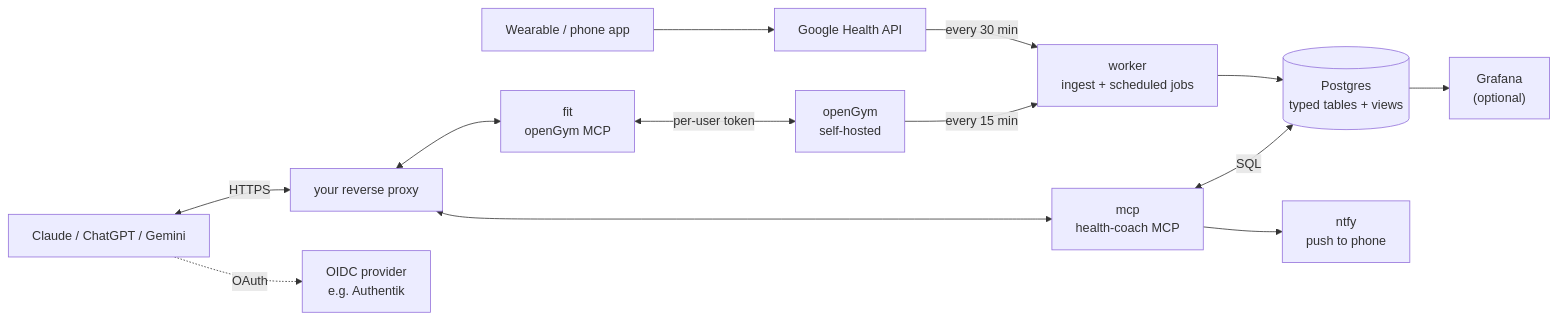
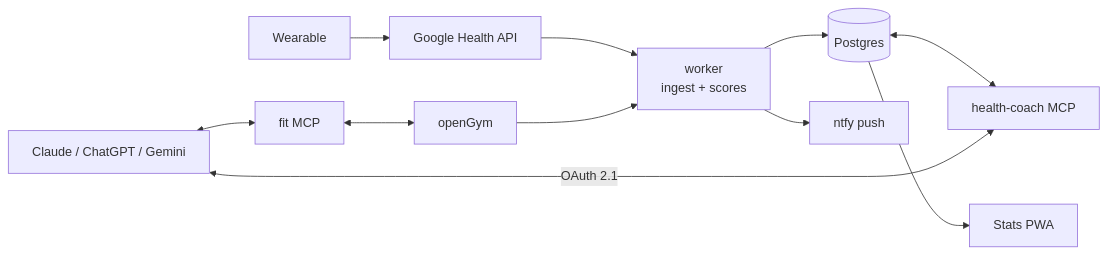
The diagram in README.md (diamond447/health-coach), drawn with Mermaid before and after one commit. The commit also changed other lines of this file and 17 other files, not shown here.

````diff
--- a/README.md
+++ b/README.md
@@ -24,15 +69,13 @@
 ```mermaid
 flowchart LR
-  wearable["Wearable / phone app"] --> gh["Google Health API"]
-  gh -- every 30 min --> worker["worker<br/>ingest + scheduled jobs"]
-  opengym["openGym<br/>self-hosted"] -- every 15 min --> worker
-  worker --> pg[("Postgres<br/>typed tables + views")]
-  pg --> grafana["Grafana<br/>(optional)"]
-  mcp["mcp<br/>health-coach MCP"] <-- SQL --> pg
-  fit["fit<br/>openGym MCP"] <-- per-user token --> opengym
-  mcp --> ntfy["ntfy<br/>push to phone"]
-  ai["Claude / ChatGPT / Gemini"] <-- HTTPS --> proxy["your reverse proxy"]
-  proxy <--> mcp
-  proxy <--> fit
-  ai -. OAuth .-> idp["OIDC provider<br/>e.g. Authentik"]
+  wearable["Wearable"] --> gh["Google Health API"]
+  gh --> worker["worker<br/>ingest + scores"]
+  opengym["openGym"] --> worker
+  worker --> pg[("Postgres")]
+  pg --> web["Stats PWA"]
+  pg <--> mcp["health-coach MCP"]
+  fit["fit MCP"] <--> opengym
+  ai["Claude / ChatGPT / Gemini"] <-- OAuth 2.1 --> mcp
+  ai <--> fit
+  worker --> ntfy["ntfy push"]
 ```
````
